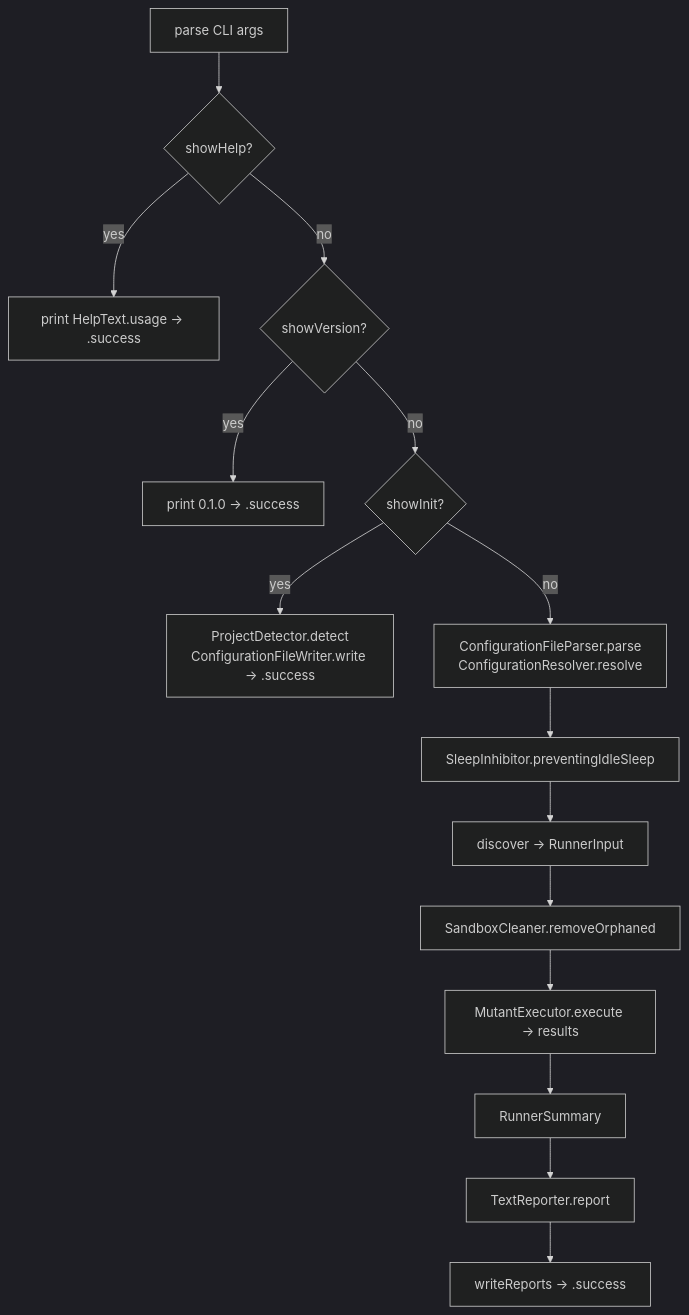
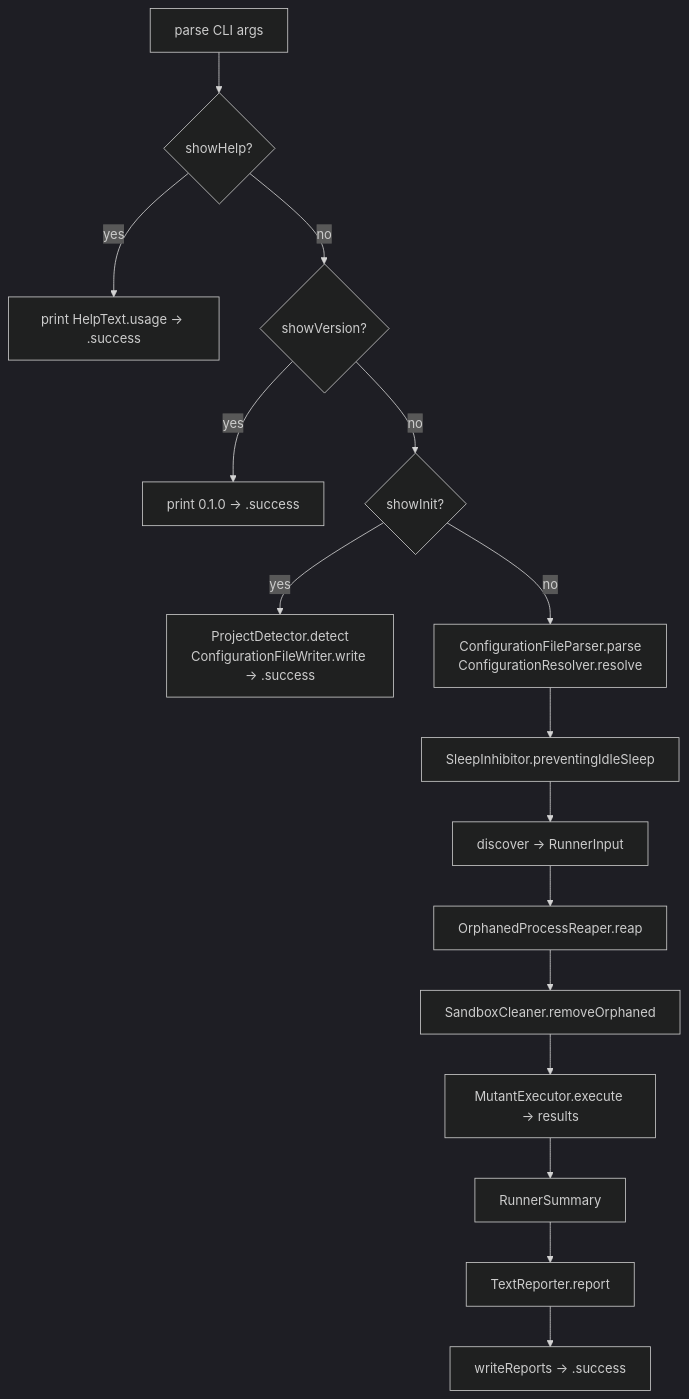
Before and after one commit to C24-Bank/swift-mutation-testing: the diagram in Docs/CodeBase/01-entry-point.md, drawn with Mermaid (dark theme). The commit also changed other lines of this file and 4 other files, not shown here.

````diff
--- a/Docs/CodeBase/01-entry-point.md
+++ b/Docs/CodeBase/01-entry-point.md
@@ -32,17 +32,18 @@
 ```mermaid
 flowchart TD
     A[parse CLI args] --> B{showHelp?}
     B -- yes --> HELP[print HelpText.usage → .success]
     B -- no --> C{showVersion?}
     C -- yes --> VER[print 0.1.0 → .success]
     C -- no --> D{showInit?}
     D -- yes --> INIT[ProjectDetector.detect\nConfigurationFileWriter.write → .success]
     D -- no --> E[ConfigurationFileParser.parse\nConfigurationResolver.resolve]
     E --> S[SleepInhibitor.preventingIdleSleep]
     S --> F[discover → RunnerInput]
-    F --> SW[SandboxCleaner.removeOrphaned]
+    F --> RP[OrphanedProcessReaper.reap]
+    RP --> SW[SandboxCleaner.removeOrphaned]
     SW --> G[MutantExecutor.execute → results]
     G --> H[RunnerSummary]
     H --> I[TextReporter.report]
     I --> J[writeReports → .success]
 ```
````
